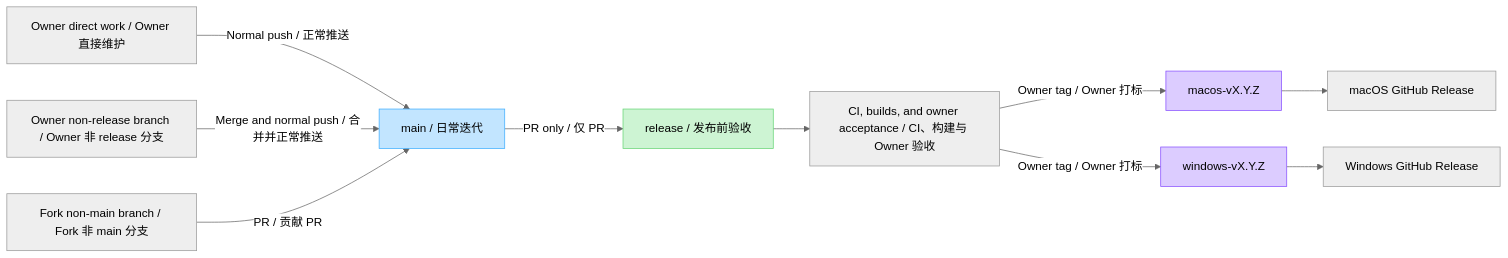
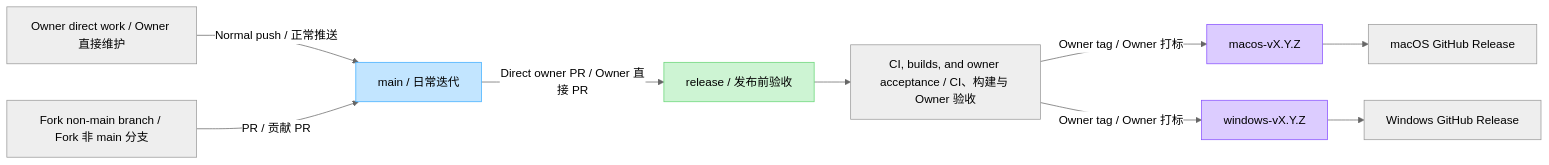
One commit to shotpaste/shotpaste changed the diagram in CONTRIBUTING.md. Above: the diagram before and after it, drawn with Mermaid (neutral theme). The commit also changed other lines of this file and 2 other files, not shown here.

Commit message:
Document direct main-to-release promotion workflow

````diff
--- a/CONTRIBUTING.md
+++ b/CONTRIBUTING.md
@@ -116,28 +118,26 @@
 ```mermaid
 flowchart LR
     ownerDirect["Owner direct work / Owner 直接维护"]
-    ownerBranch["Owner non-release branch / Owner 非 release 分支"]
     forkBranch["Fork non-main branch / Fork 非 main 分支"]
     mainBranch["main / 日常迭代"]
     releaseBranch["release / 发布前验收"]
     acceptance["CI, builds, and owner acceptance / CI、构建与 Owner 验收"]
     macTag["macos-vX.Y.Z"]
     windowsTag["windows-vX.Y.Z"]
     macRelease["macOS GitHub Release"]
     windowsRelease["Windows GitHub Release"]
 
     ownerDirect -->|"Normal push / 正常推送"| mainBranch
-    ownerBranch -->|"Merge and normal push / 合并并正常推送"| mainBranch
     forkBranch -->|"PR / 贡献 PR"| mainBranch
-    mainBranch -->|"PR only / 仅 PR"| releaseBranch
+    mainBranch -->|"Direct owner PR / Owner 直接 PR"| releaseBranch
     releaseBranch --> acceptance
     acceptance -->|"Owner tag / Owner 打标"| macTag
     acceptance -->|"Owner tag / Owner 打标"| windowsTag
     macTag --> macRelease
     windowsTag --> windowsRelease
 
     style mainBranch fill:#C2E5FF,stroke:#3DADFF
     style releaseBranch fill:#CDF4D3,stroke:#66D575
     style macTag fill:#DCCCFF,stroke:#874FFF
     style windowsTag fill:#DCCCFF,stroke:#874FFF
 ```
````
